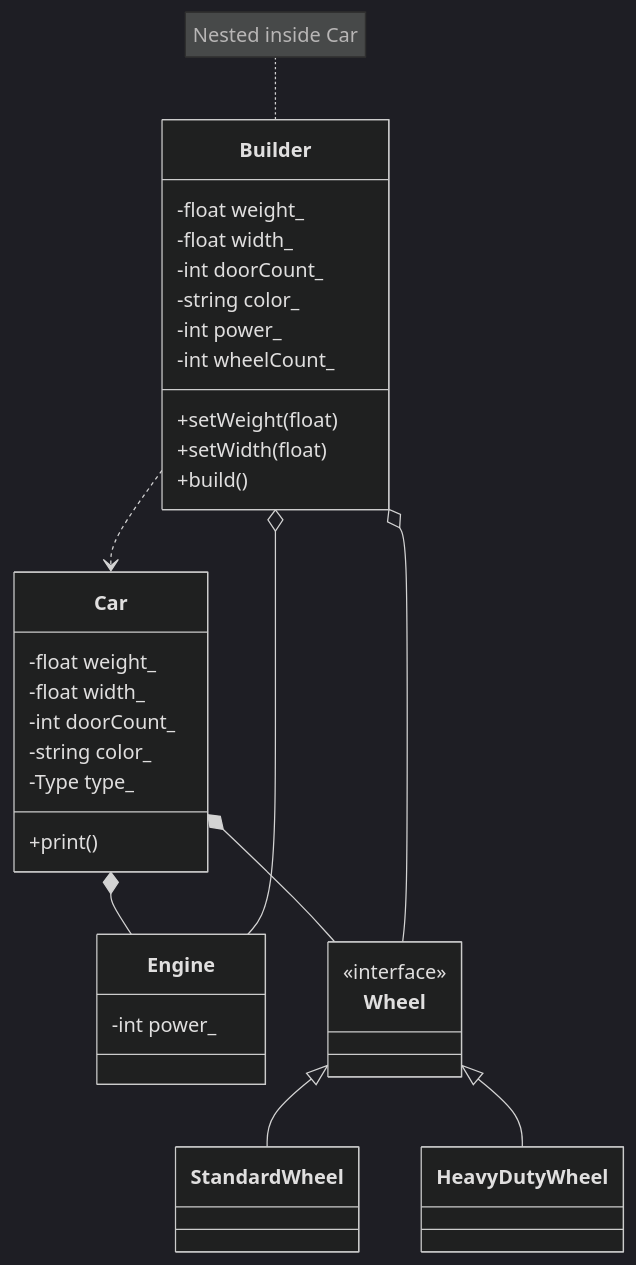
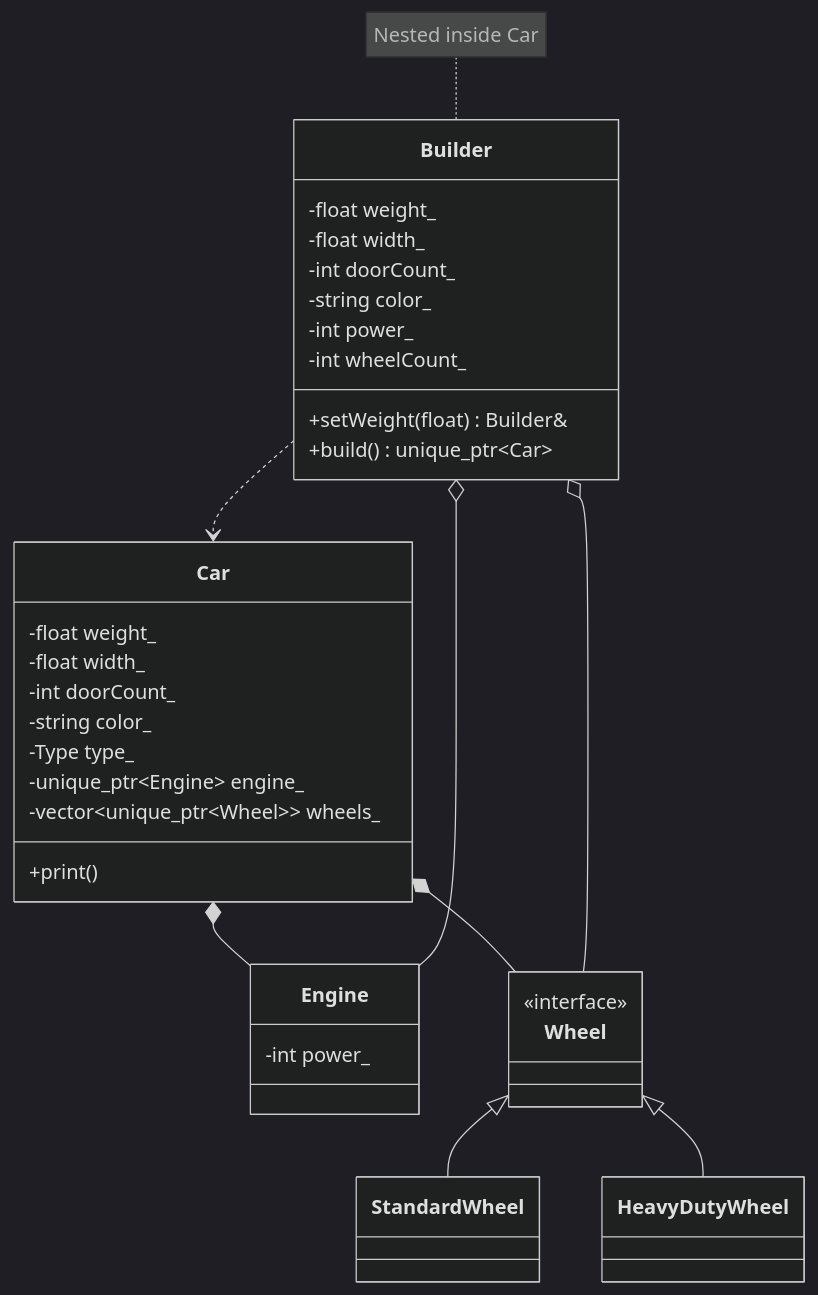
One commit to Cichlidfishexigency721/Modern-CPP-Design-Patterns changed the first of 2 diagrams in 01_Builder/Dynamic_example/diagram.md. Above: the diagram before and after it, drawn with Mermaid (dark theme). The commit also changed other lines of this file, not shown here.

````diff
--- a/01_Builder/Dynamic_example/diagram.md
+++ b/01_Builder/Dynamic_example/diagram.md
@@ -1,37 +3,38 @@
 ```mermaid
 classDiagram
     class Engine { -int power_ }
     class Wheel { <<interface>> }
     class StandardWheel
     class HeavyDutyWheel
     
     class Car {
         -float weight_
         -float width_
         -int doorCount_
         -string color_
         -Type type_
+        -unique_ptr~Engine~ engine_
+        -vector~unique_ptr~Wheel~~ wheels_
         +print()
     }
 
     class Builder {
         -float weight_
         -float width_
         -int doorCount_
         -string color_
         -int power_
         -int wheelCount_
-        +setWeight(float)
-        +setWidth(float)
-        +build()
+        +setWeight(float) Builder&
+        +build() unique_ptr~Car~
     }
 
     Wheel <|-- StandardWheel
     Wheel <|-- HeavyDutyWheel
     Car *-- Engine
     Car *-- Wheel
     Builder o-- Engine
     Builder o-- Wheel
     Builder ..> Car
     note for Builder "Nested inside Car"
 ```
````
